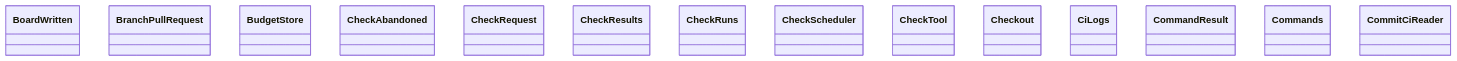
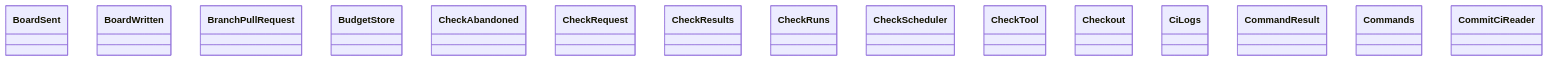
One commit to GonzaloZevallos/agentic-system changed the diagram in docs/architecture/generated/classes-process-application-support-2.md. Above: the diagram before and after it, drawn with Mermaid. The commit also changed other lines of this file and 18 other files, not shown here.

````diff
--- a/docs/architecture/generated/classes-process-application-support-2.md
+++ b/docs/architecture/generated/classes-process-application-support-2.md
@@ -21,17 +21,18 @@
 ```mermaid
 classDiagram
+    class ports__BoardSent["BoardSent"]
     class ports__BoardWritten["BoardWritten"]
     class ports__BranchPullRequest["BranchPullRequest"]
     class ports__BudgetStore["BudgetStore"]
     class ports__CheckAbandoned["CheckAbandoned"]
     class ports__CheckRequest["CheckRequest"]
     class ports__CheckResults["CheckResults"]
     class ports__CheckRuns["CheckRuns"]
     class ports__CheckScheduler["CheckScheduler"]
     class ports__CheckTool["CheckTool"]
     class ports__Checkout["Checkout"]
     class ports__CiLogs["CiLogs"]
     class ports__CommandResult["CommandResult"]
     class ports__Commands["Commands"]
     class ports__CommitCiReader["CommitCiReader"]
 ```
````
